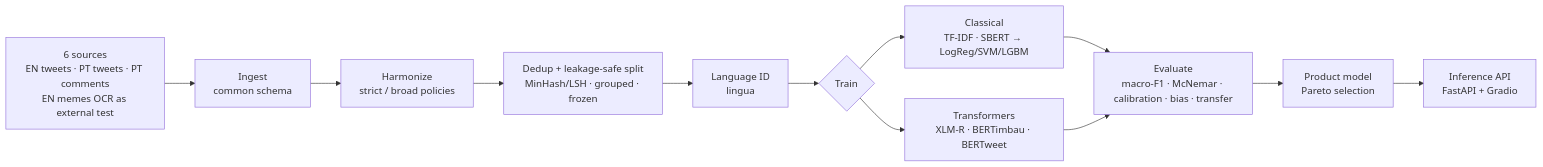
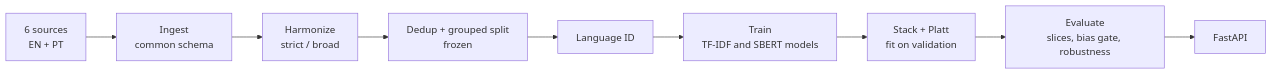
Before and after one commit to isasaade-23/hate-speech-nlp-en-pt: the diagram in README.md, drawn with Mermaid. The commit also changed other lines of this file and 211 other files, not shown here.

````diff
--- a/README.md
+++ b/README.md
@@ -183,14 +74,11 @@
 ```mermaid
 flowchart LR
-    A[6 sources<br/>EN tweets · PT tweets · PT comments<br/>EN memes OCR as external test] --> B[Ingest<br/>common schema]
-    B --> C[Harmonize<br/>strict / broad policies]
-    C --> D[Dedup + leakage-safe split<br/>MinHash/LSH · grouped · frozen]
-    D --> E[Language ID<br/>lingua]
-    E --> F{Train}
-    F --> G[Classical<br/>TF-IDF · SBERT → LogReg/SVM/LGBM]
-    F --> H[Transformers<br/>XLM-R · BERTimbau · BERTweet]
-    G --> I[Evaluate<br/>macro-F1 · McNemar · calibration · bias · transfer]
-    H --> I
-    I --> J[Product model<br/>Pareto selection]
-    J --> K[Inference API<br/>FastAPI + Gradio]
+    A[6 sources<br/>EN + PT] --> B[Ingest<br/>common schema]
+    B --> C[Harmonize<br/>strict / broad]
+    C --> D[Dedup + grouped split<br/>frozen]
+    D --> E[Language ID]
+    E --> F[Train<br/>TF-IDF and SBERT models]
+    F --> G[Stack + Platt<br/>fit on validation]
+    G --> H[Evaluate<br/>slices, bias gate, robustness]
+    H --> I[FastAPI]
 ```
````
